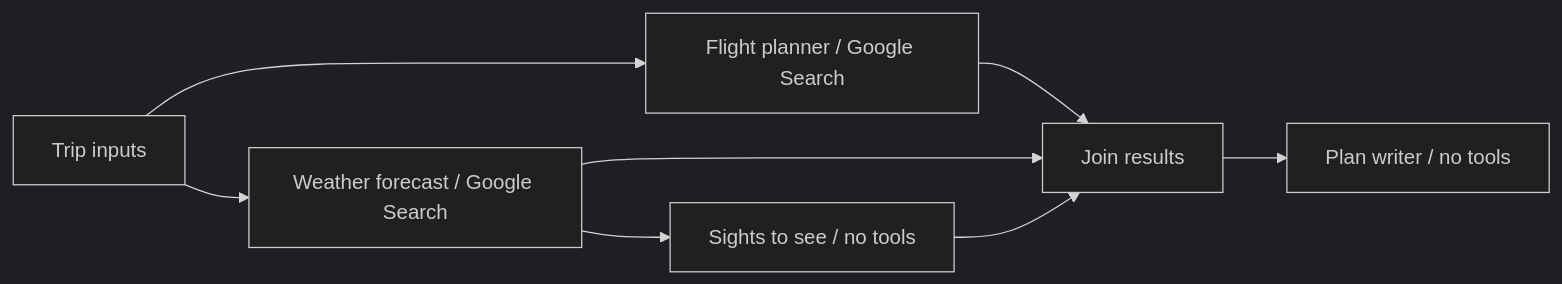
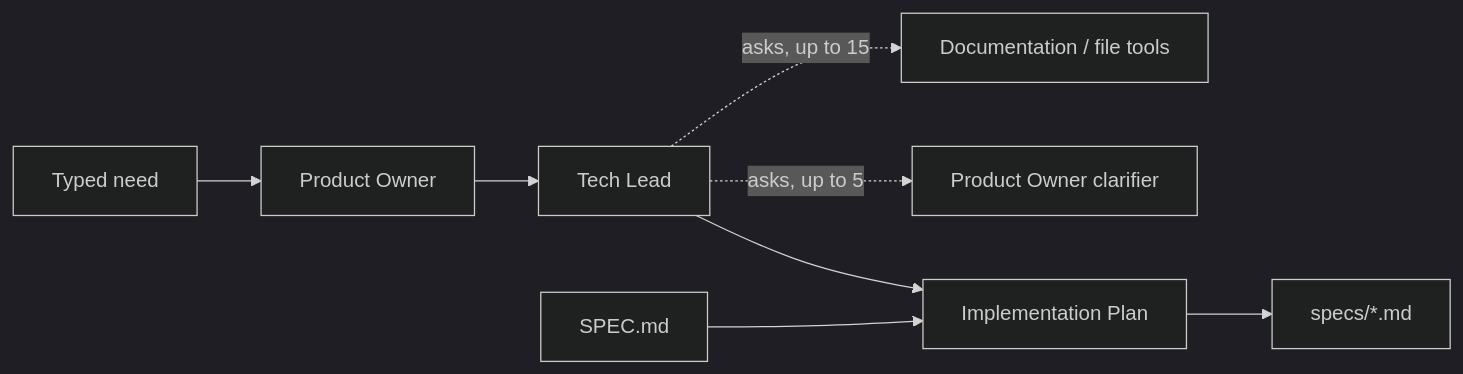
The diagram in google-adk/README.md (bastdan/ai-tour), drawn with Mermaid (dark theme) before and after one commit. The commit also changed other lines of this file and 24 other files, not shown here.

````diff
--- a/google-adk/README.md
+++ b/google-adk/README.md
@@ -21,10 +41,10 @@
 ```mermaid
 flowchart LR
-    Input[Trip inputs] --> Flights[Flight planner / Google Search]
-    Input --> Weather[Weather forecast / Google Search]
-    Weather --> Sights[Sights to see / no tools]
-    Flights --> Join[Join results]
-    Weather --> Join
-    Sights --> Join
-    Join --> Writer[Plan writer / no tools]
+    Need[Typed need] --> PO[Product Owner]
+    PO --> TL[Tech Lead]
+    TL -. asks, up to 15 .-> Doc[Documentation / file tools]
+    TL -. asks, up to 5 .-> POc[Product Owner clarifier]
+    TL --> IP[Implementation Plan]
+    Template[SPEC.md] --> IP
+    IP --> Spec[specs/*.md]
 ```
````
